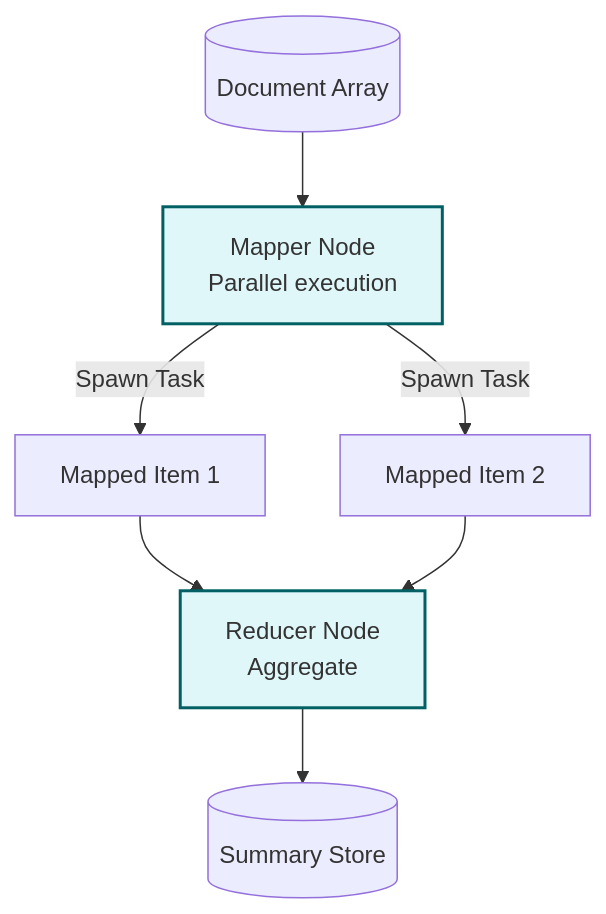
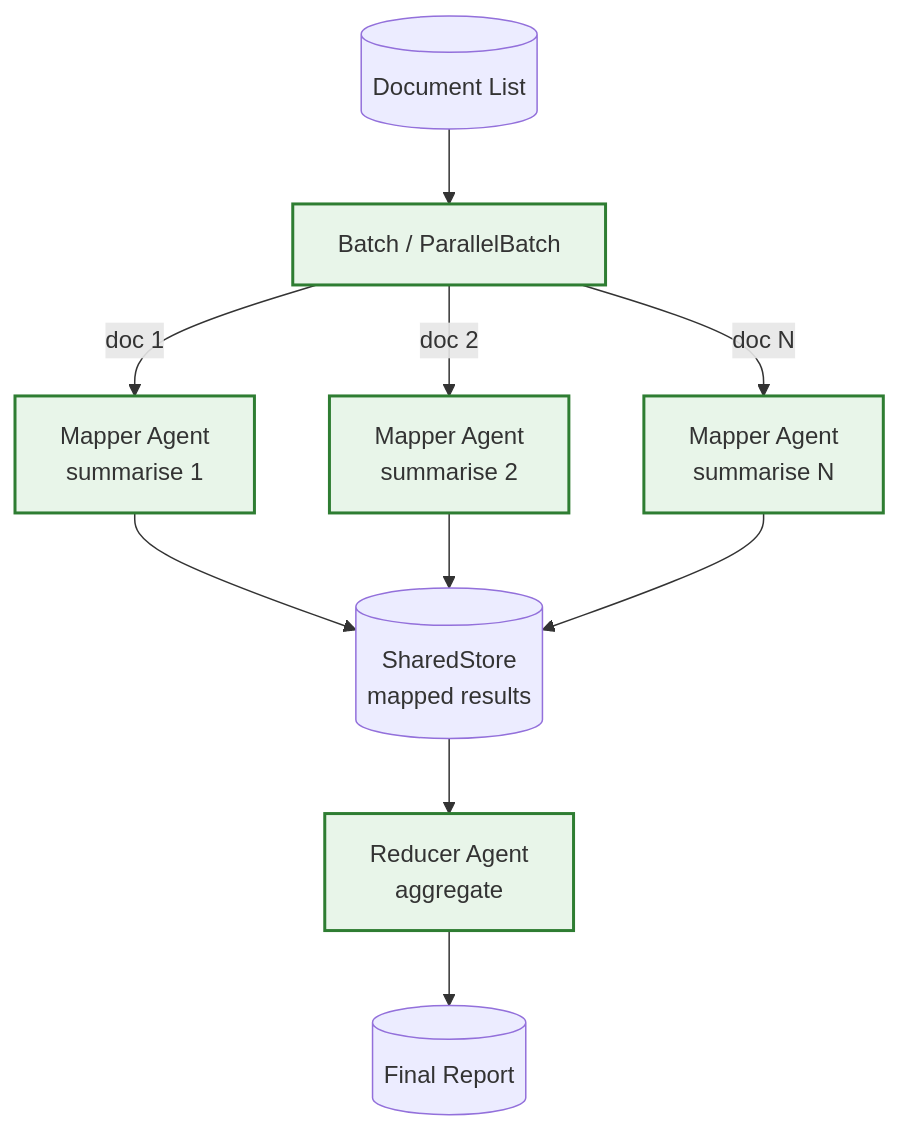
One commit to EzekTec-Inc/AgentFlow changed the diagram in examples/MAPREDUCE.md. Above: the diagram before and after it, drawn with Mermaid. The commit also changed other lines of this file and 23 other files, not shown here.

````diff
--- a/examples/MAPREDUCE.md
+++ b/examples/MAPREDUCE.md
@@ -13,12 +28,15 @@
 ```mermaid
 graph TD
-    Docs[(Document Array)] --> Map[Mapper Node<br>Parallel execution]
-    Map -->|Spawn Task| M1[Mapped Item 1]
-    Map -->|Spawn Task| M2[Mapped Item 2]
-    M1 --> Reduce[Reducer Node<br>Aggregate]
-    M2 --> Reduce
-    Reduce --> Output[(Summary Store)]
-    
-    classDef mapreduce fill:#e0f7fa,stroke:#006064,stroke-width:2px;
-    class Map,Reduce mapreduce;
+    Docs[(Document List)] --> Batch[Batch / ParallelBatch]
+    Batch -->|doc 1| M1[Mapper Agent<br>summarise 1]
+    Batch -->|doc 2| M2[Mapper Agent<br>summarise 2]
+    Batch -->|doc N| MN[Mapper Agent<br>summarise N]
+    M1 --> Store[(SharedStore<br>mapped results)]
+    M2 --> Store
+    MN --> Store
+    Store --> Reducer[Reducer Agent<br>aggregate]
+    Reducer --> Report[(Final Report)]
+
+    classDef mapred fill:#e8f5e9,stroke:#2e7d32,stroke-width:2px;
+    class Batch,M1,M2,MN,Reducer mapred;
 ```
````
